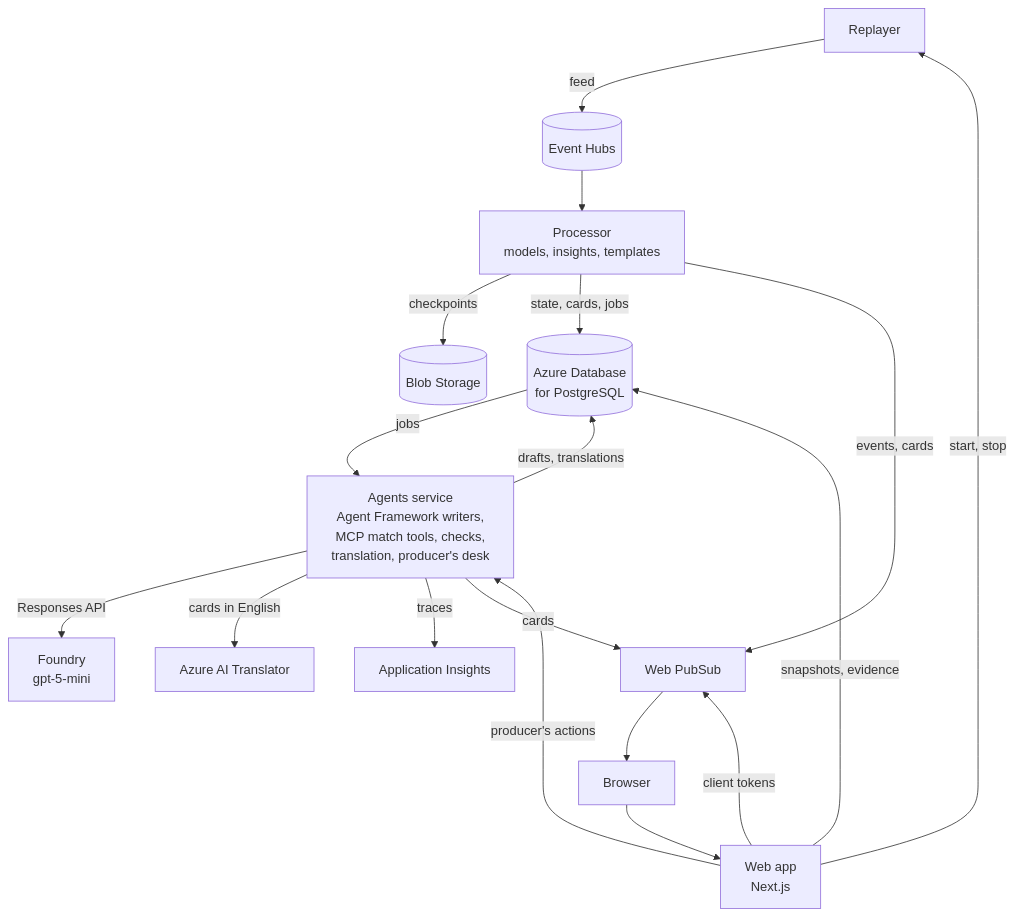
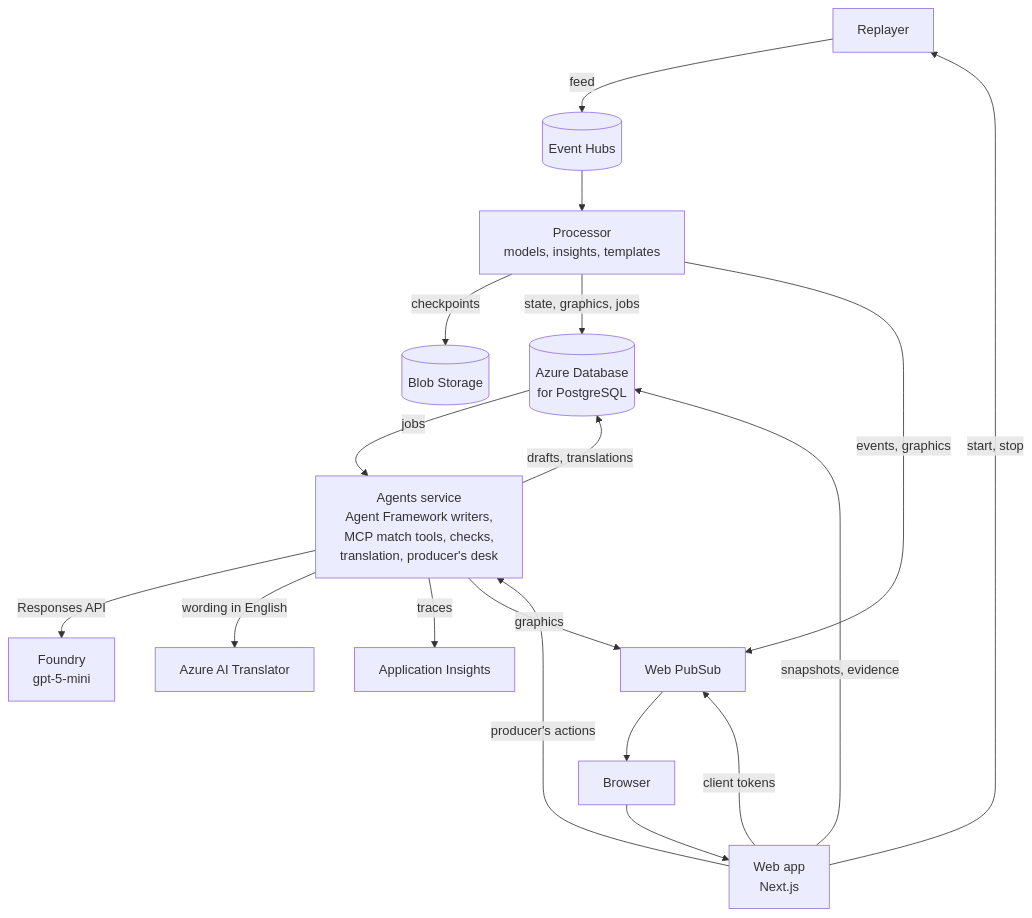
One commit to ces0491/footnote changed the diagram in README.md. Above: the diagram before and after it, drawn with Mermaid. The commit also changed other lines of this file and 12 other files, not shown here.

First line of the commit message:
Web and docs: say "graphic" for what viewers see, since a fan reads "card" as a booking

````diff
--- a/README.md
+++ b/README.md
@@ -72,20 +72,20 @@
 ```mermaid
 flowchart TB
     replayer["Replayer"] -- "feed" --> eh[("Event Hubs")]
     eh --> processor["Processor<br>models, insights, templates"]
     processor -- "checkpoints" --> blob[("Blob Storage")]
-    processor -- "state, cards, jobs" --> pg[("Azure Database<br>for PostgreSQL")]
+    processor -- "state, graphics, jobs" --> pg[("Azure Database<br>for PostgreSQL")]
     pg -- "jobs" --> agents["Agents service<br>Agent Framework writers,<br>MCP match tools, checks,<br>translation, producer's desk"]
     agents -- "drafts, translations" --> pg
     agents -- "Responses API" --> foundry["Foundry<br>gpt-5-mini"]
-    agents -- "cards in English" --> translator["Azure AI Translator"]
+    agents -- "wording in English" --> translator["Azure AI Translator"]
     agents -- "traces" --> appi["Application Insights"]
-    processor -- "events, cards" --> wps["Web PubSub"]
-    agents -- "cards" --> wps
+    processor -- "events, graphics" --> wps["Web PubSub"]
+    agents -- "graphics" --> wps
     wps --> browser["Browser"]
     browser --> web["Web app<br>Next.js"]
     web -- "client tokens" --> wps
     web -- "start, stop" --> replayer
     web -- "snapshots, evidence" --> pg
     web -- "producer's actions" --> agents
 ```
````
